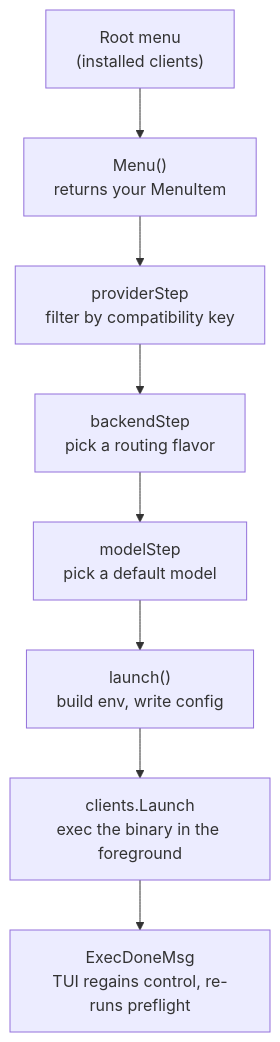
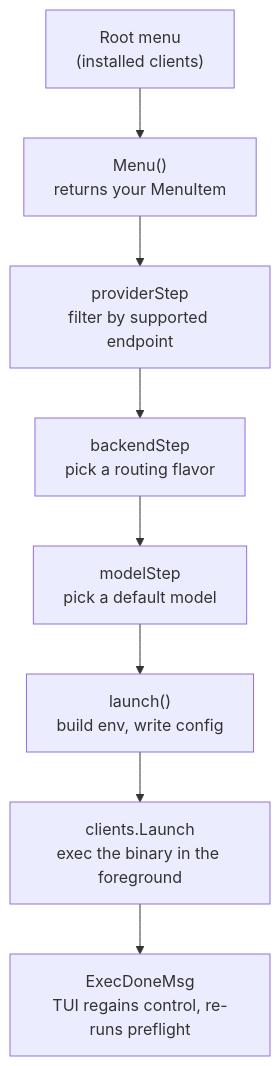
The diagram in docs/adding-a-client.md (tailscale/aperture-cli), drawn with Mermaid before and after one commit. The commit also changed other lines of this file, not shown here.

````diff
--- a/docs/adding-a-client.md
+++ b/docs/adding-a-client.md
@@ -51,10 +52,10 @@
 ```mermaid
 flowchart TD
     A["Root menu<br/>(installed clients)"] --> B["Menu()<br/>returns your MenuItem"]
-    B --> C["providerStep<br/>filter by compatibility key"]
+    B --> C["providerStep<br/>filter by supported endpoint"]
     C --> D["backendStep<br/>pick a routing flavor"]
     D --> E["modelStep<br/>pick a default model"]
     E --> F["launch()<br/>build env, write config"]
     F --> G["clients.Launch<br/>exec the binary in the foreground"]
     G --> H["ExecDoneMsg<br/>TUI regains control, re-runs preflight"]
 ```
````
